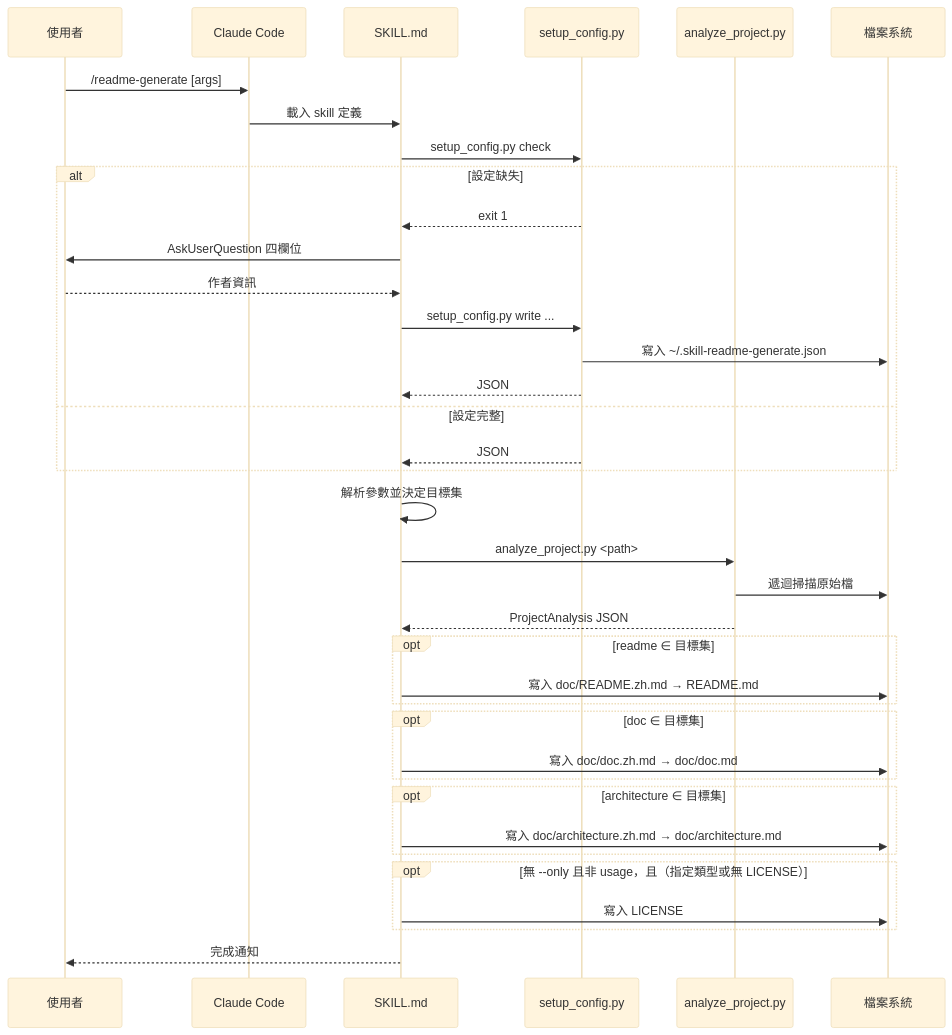
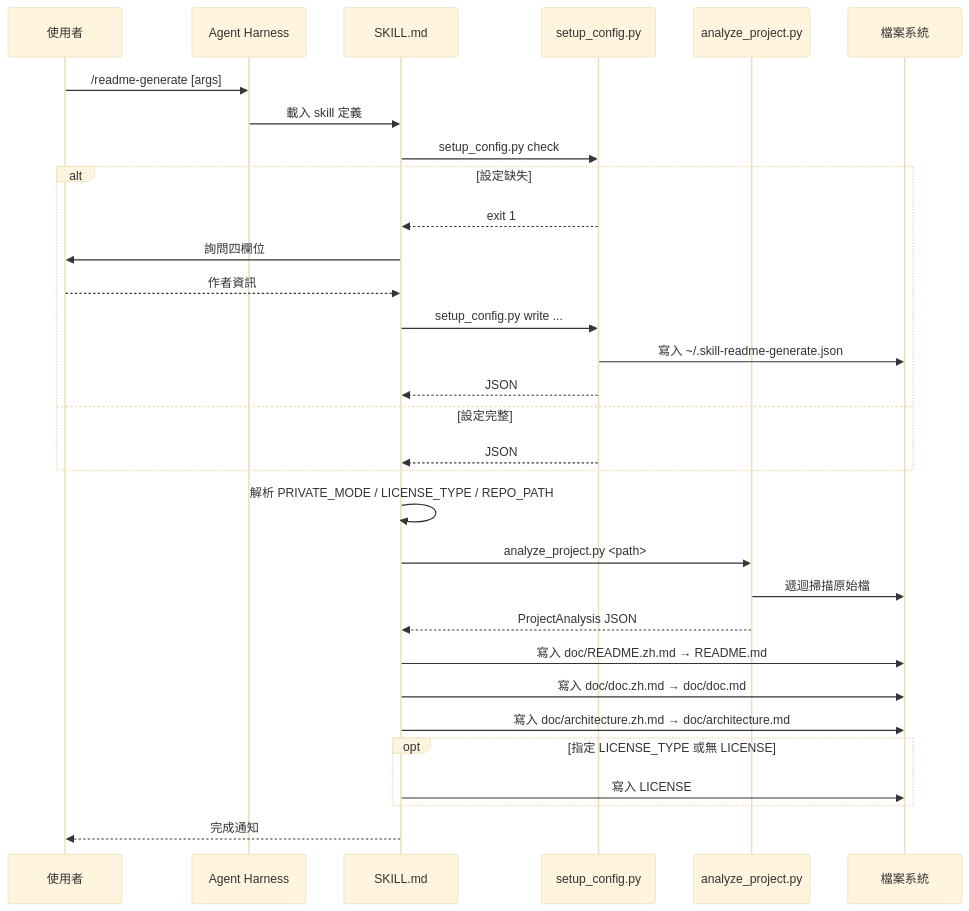
The sixth of 7 diagrams in doc/architecture.zh.md (agenvoy/skill-readme-generate), drawn with Mermaid (base theme) before and after one commit. The commit also changed other lines of this file and 6 other files, not shown here.

````diff
--- a/doc/architecture.zh.md
+++ b/doc/architecture.zh.md
@@ -141,40 +139,34 @@
 ```mermaid
 sequenceDiagram
     participant User as 使用者
-    participant Claude as Claude Code
+    participant Agent as Agent Harness
     participant Skill as SKILL.md
     participant Config as setup_config.py
     participant Analyze as analyze_project.py
     participant FS as 檔案系統
 
-    User->>Claude: /readme-generate [args]
-    Claude->>Skill: 載入 skill 定義
+    User->>Agent: /readme-generate [args]
+    Agent->>Skill: 載入 skill 定義
     Skill->>Config: setup_config.py check
     alt 設定缺失
         Config-->>Skill: exit 1
-        Skill->>User: AskUserQuestion 四欄位
+        Skill->>User: 詢問四欄位
         User-->>Skill: 作者資訊
         Skill->>Config: setup_config.py write ...
         Config->>FS: 寫入 ~/.skill-readme-generate.json
         Config-->>Skill: JSON
     else 設定完整
         Config-->>Skill: JSON
     end
-    Skill->>Skill: 解析參數並決定目標集
+    Skill->>Skill: 解析 PRIVATE_MODE / LICENSE_TYPE / REPO_PATH
     Skill->>Analyze: analyze_project.py <path>
     Analyze->>FS: 遞迴掃描原始檔
     Analyze-->>Skill: ProjectAnalysis JSON
-    opt readme ∈ 目標集
-        Skill->>FS: 寫入 doc/README.zh.md → README.md
-    end
-    opt doc ∈ 目標集
-        Skill->>FS: 寫入 doc/doc.zh.md → doc/doc.md
-    end
-    opt architecture ∈ 目標集
-        Skill->>FS: 寫入 doc/architecture.zh.md → doc/architecture.md
-    end
-    opt 無 --only 且非 usage，且（指定類型或無 LICENSE）
+    Skill->>FS: 寫入 doc/README.zh.md → README.md
+    Skill->>FS: 寫入 doc/doc.zh.md → doc/doc.md
+    Skill->>FS: 寫入 doc/architecture.zh.md → doc/architecture.md
+    opt 指定 LICENSE_TYPE 或無 LICENSE
         Skill->>FS: 寫入 LICENSE
     end
     Skill-->>User: 完成通知
 ```
````
